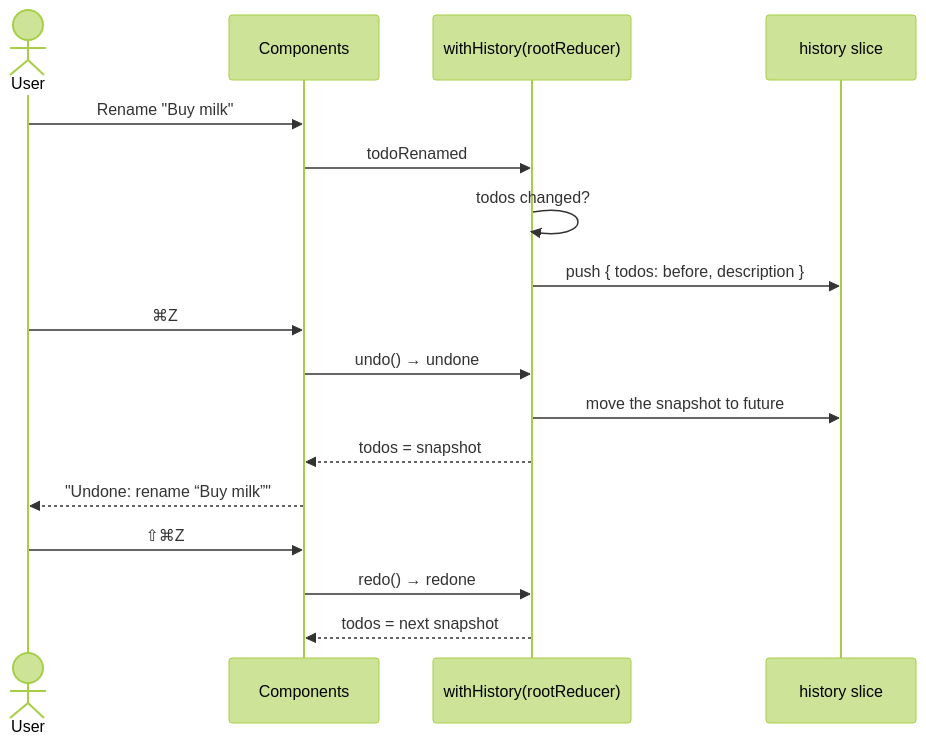
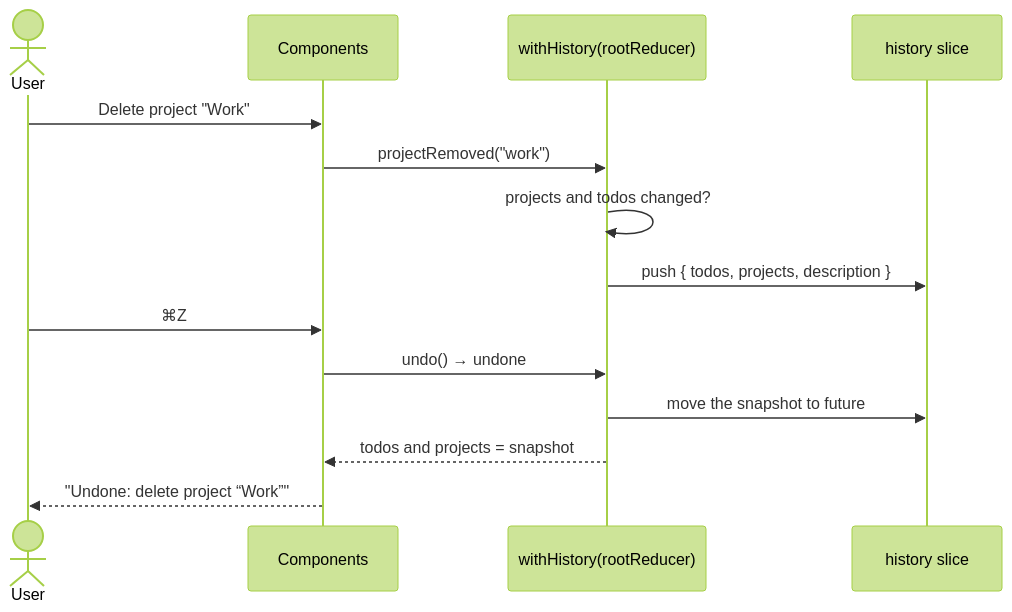
The sixth of 10 diagrams in docs/architecture.md (sacrificed666/react-todo-app), drawn with Mermaid (forest theme) before and after one commit. The commit also changed other lines of this file and 173 other files, not shown here.

````diff
--- a/docs/architecture.md
+++ b/docs/architecture.md
@@ -198,19 +236,16 @@
 ```mermaid
 sequenceDiagram
   actor User
   participant UI as Components
   participant Root as withHistory(rootReducer)
   participant History as history slice
-  User->>UI: Rename "Buy milk"
-  UI->>Root: todoRenamed
-  Root->>Root: todos changed?
-  Root->>History: push { todos: before, description }
+  User->>UI: Delete project "Work"
+  UI->>Root: projectRemoved("work")
+  Root->>Root: projects and todos changed?
+  Root->>History: push { todos, projects, description }
   User->>UI: ⌘Z
   UI->>Root: undo() → undone
   Root->>History: move the snapshot to future
-  Root-->>UI: todos = snapshot
-  UI-->>User: "Undone: rename “Buy milk”"
-  User->>UI: ⇧⌘Z
-  UI->>Root: redo() → redone
-  Root-->>UI: todos = next snapshot
+  Root-->>UI: todos and projects = snapshot
+  UI-->>User: "Undone: delete project “Work”"
 ```
````
